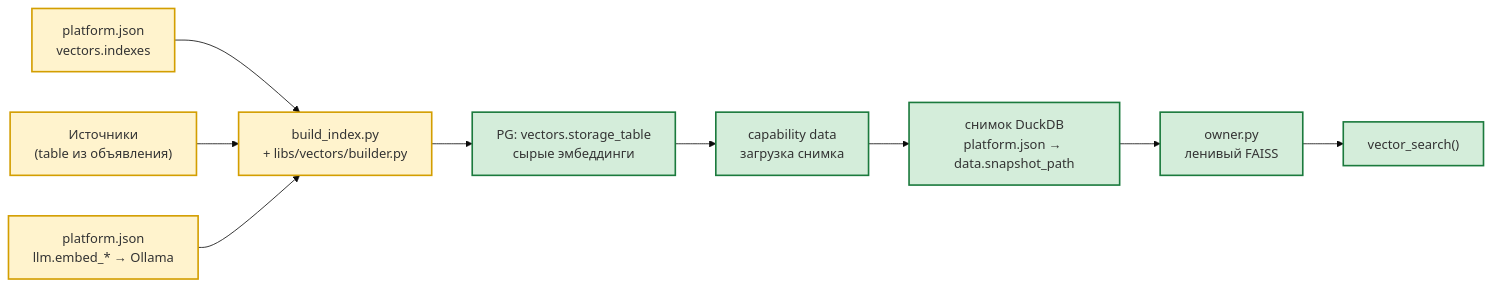
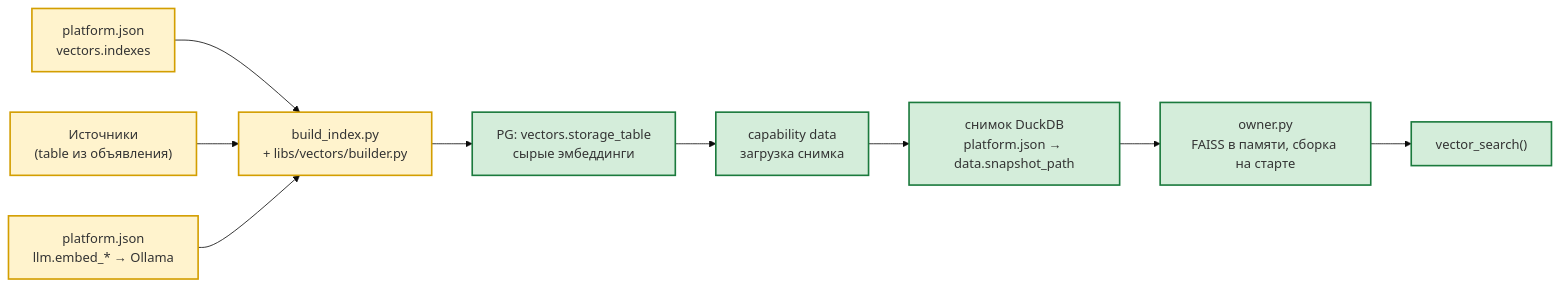
The diagram in docs/VECTOR_INDEXES.md (AlexEgorov85/workspaces_nanobot), drawn with Mermaid (base theme) before and after one commit. The commit also changed other lines of this file and 14 other files, not shown here.

````diff
--- a/docs/VECTOR_INDEXES.md
+++ b/docs/VECTOR_INDEXES.md
@@ -35,15 +35,15 @@
 ```mermaid
 flowchart LR
     CFG["platform.json<br/>vectors.indexes"] --> BL["build_index.py<br/>+ libs/vectors/builder.py"]
     SRC["Источники<br/>(table из объявления)"] --> BL
     EMB["platform.json<br/>llm.embed_* → Ollama"] --> BL
     BL --> PG["PG: vectors.storage_table<br/>сырые эмбеддинги"]
     PG --> LOAD["capability data<br/>загрузка снимка"]
     LOAD --> SNAP["снимок DuckDB<br/>platform.json → data.snapshot_path"]
-    SNAP --> OWN["owner.py<br/>ленивый FAISS"]
+    SNAP --> OWN["owner.py<br/>FAISS в памяти, сборка на старте"]
     OWN --> SE["vector_search()"]
     classDef core fill:#fff3cd,stroke:#d39e00,stroke-width:2px
     classDef infra fill:#d4edda,stroke:#1b7a3d,stroke-width:2px
     class CFG,SRC,BL,EMB core
     class PG,LOAD,SNAP,OWN,SE infra
 ```
````
